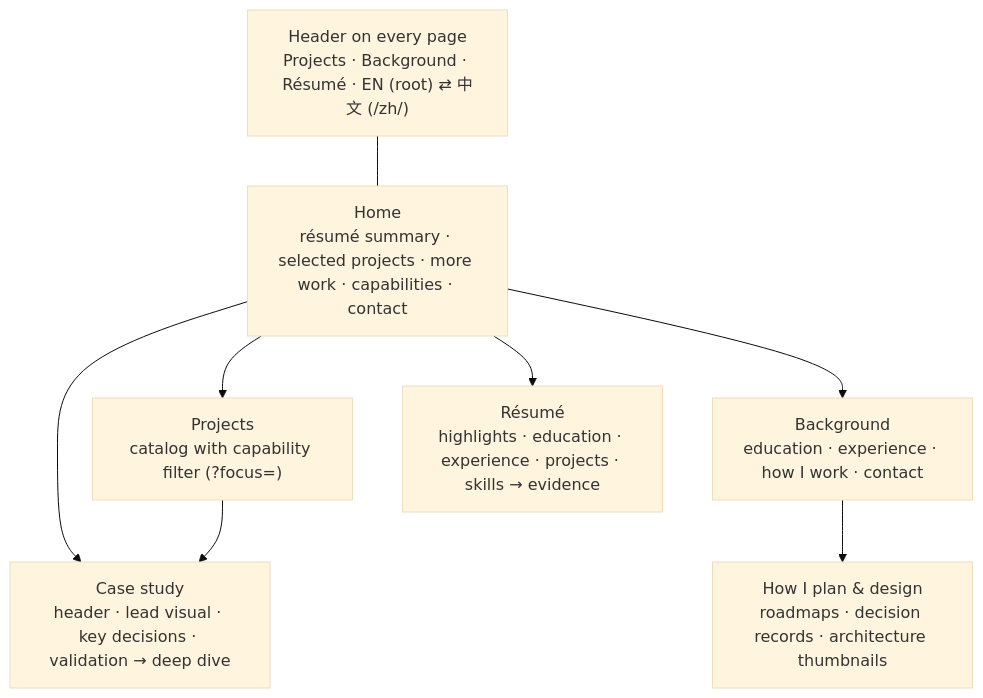
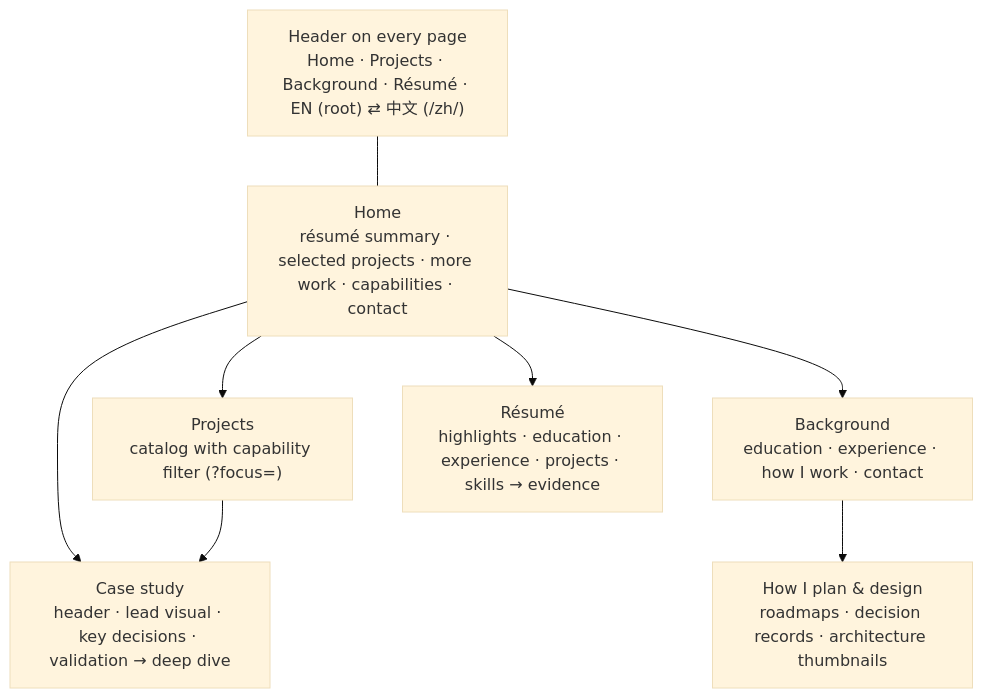
Before and after one commit to YigeWang1221/personal_portfolio: the second of 4 diagrams in ARCHITECTURE.md, drawn with Mermaid (base theme). The commit also changed other lines of this file and 13 other files, not shown here.

````diff
--- a/ARCHITECTURE.md
+++ b/ARCHITECTURE.md
@@ -95,11 +99,11 @@
 ```mermaid
 %% CURRENT
 flowchart TD
-  LS["Header on every page<br/>Projects · Background · Résumé · EN (root) ⇄ 中文 (/zh/)"] --- H
+  LS["Header on every page<br/>Home · Projects · Background · Résumé · EN (root) ⇄ 中文 (/zh/)"] --- H
   H["Home<br/>résumé summary · selected projects · more work · capabilities · contact"] --> P["Case study<br/>header · lead visual · key decisions · validation → deep dive"]
   H --> C["Projects<br/>catalog with capability filter (?focus=)"]
   C --> P
   H --> B["Background<br/>education · experience · how I work · contact"]
   H --> R["Résumé<br/>highlights · education · experience · projects · skills → evidence"]
   B --> D["How I plan & design<br/>roadmaps · decision records · architecture thumbnails"]
 ```
````
